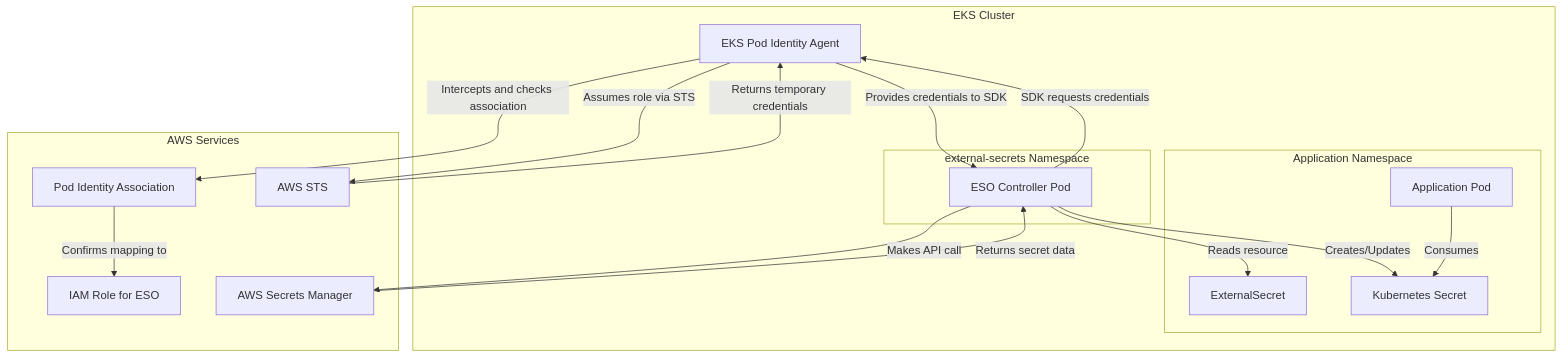
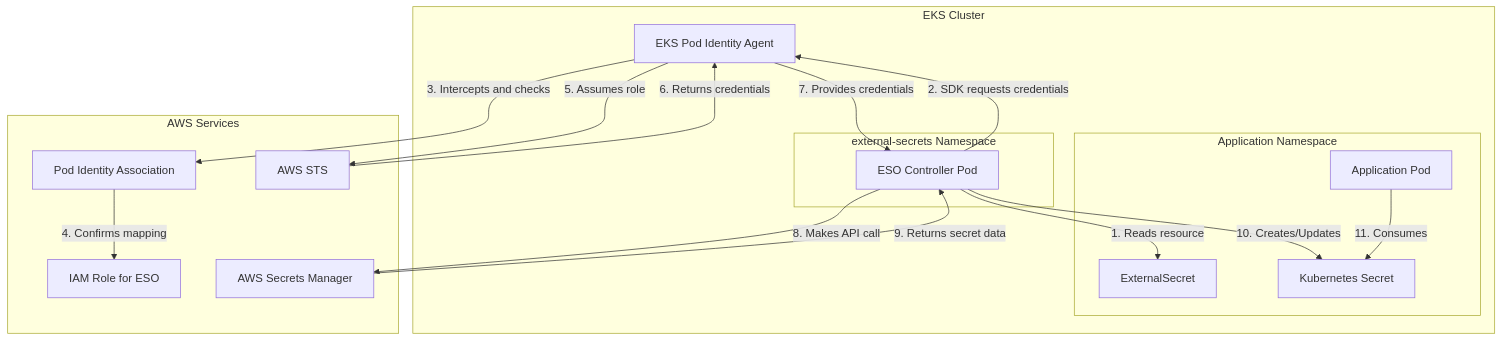
The diagram in eso_with_eks_pod_identity.md (dharani-sowndharya/architecture-learnings), drawn with Mermaid before and after one commit.

Commit message:
Edits mermaid

````diff
--- a/eso_with_eks_pod_identity.md
+++ b/eso_with_eks_pod_identity.md
@@ -19,33 +19,33 @@
 ```mermaid
 graph TD
     subgraph EKS["EKS Cluster"]
         PIA[EKS Pod Identity Agent]
         subgraph ESNs["external-secrets Namespace"]
             ESO[ESO Controller Pod]
         end
         subgraph AppNs["Application Namespace"]
             ES[ExternalSecret]
             K8sSecret[Kubernetes Secret]
             AppPod[Application Pod]
         end
     end
     
     subgraph AWS["AWS Services"]
         PIAS[Pod Identity Association]
         IAMRole[IAM Role for ESO]
         STS[AWS STS]
         SecretASM[AWS Secrets Manager]
     end
 
-    ESO -->|Reads resource| ES
-    ESO -->|SDK requests credentials| PIA
-    PIA -->|Intercepts and checks association| PIAS
-    PIAS -->|Confirms mapping to| IAMRole
-    PIA -->|Assumes role via STS| STS
-    STS -->|Returns temporary credentials| PIA
-    PIA -->|Provides credentials to SDK| ESO
-    ESO -->|Makes API call| SecretASM
-    SecretASM -->|Returns secret data| ESO
-    ESO -->|Creates/Updates| K8sSecret
-    AppPod -->|Consumes| K8sSecret
+    ESO -->|1. Reads resource| ES
+    ESO -->|2. SDK requests credentials| PIA
+    PIA -->|3. Intercepts and checks| PIAS
+    PIAS -->|4. Confirms mapping| IAMRole
+    PIA -->|5. Assumes role| STS
+    STS -->|6. Returns credentials| PIA
+    PIA -->|7. Provides credentials| ESO
+    ESO -->|8. Makes API call| SecretASM
+    SecretASM -->|9. Returns secret data| ESO
+    ESO -->|10. Creates/Updates| K8sSecret
+    AppPod -->|11. Consumes| K8sSecret
 ```
````
